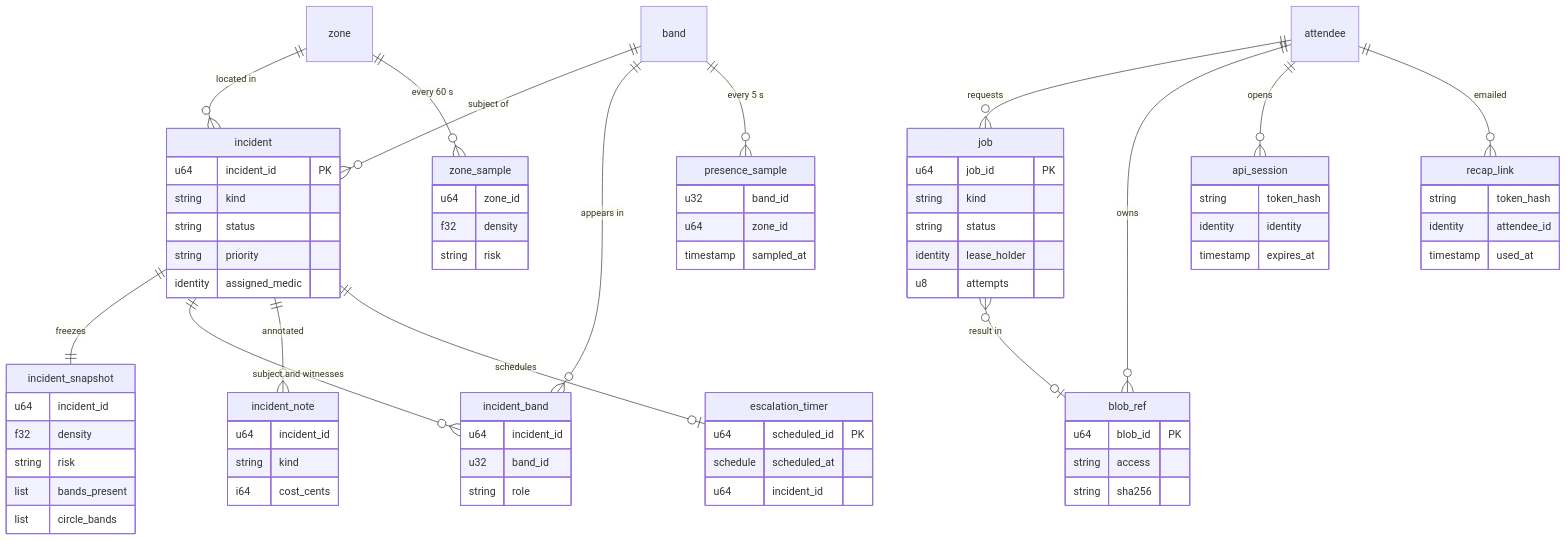
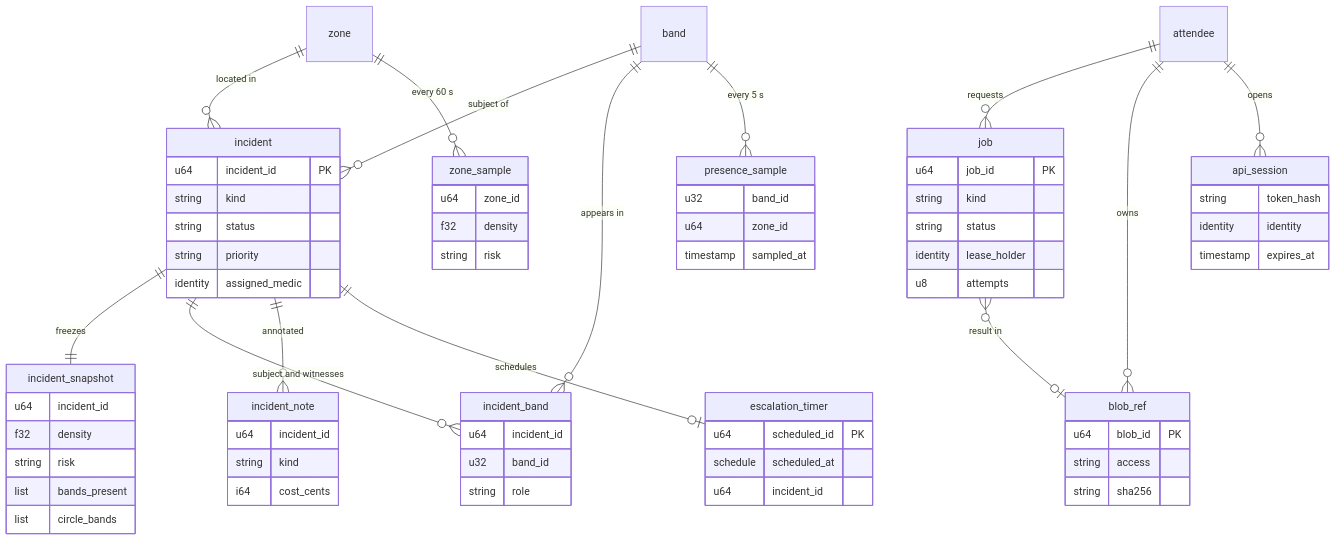
One commit to viktorinkov/cal-hacks-13 changed the third of 4 diagrams in System Design/2-data/SpacetimeDB.md. Above: the diagram before and after it, drawn with Mermaid. The commit also changed other lines of this file and 21 other files, not shown here.

````diff
--- a/System Design/2-data/SpacetimeDB.md
+++ b/System Design/2-data/SpacetimeDB.md
@@ -609,78 +602,72 @@
 ```mermaid
 erDiagram
   zone ||--o{ incident : "located in"
   band ||--o{ incident : "subject of"
   incident ||--|| incident_snapshot : freezes
   incident ||--o{ incident_band : "subject and witnesses"
   band ||--o{ incident_band : "appears in"
   incident ||--o{ incident_note : annotated
   incident ||--o| escalation_timer : schedules
   band ||--o{ presence_sample : "every 5 s"
   zone ||--o{ zone_sample : "every 60 s"
   attendee ||--o{ job : requests
   job }o--o| blob_ref : "result in"
   attendee ||--o{ blob_ref : owns
   attendee ||--o{ api_session : opens
-  attendee ||--o{ recap_link : "emailed"
   incident {
     u64 incident_id PK
     string kind
     string status
     string priority
     identity assigned_medic
   }
   incident_snapshot {
     u64 incident_id
     f32 density
     string risk
     list bands_present
     list circle_bands
   }
   incident_band {
     u64 incident_id
     u32 band_id
     string role
   }
   incident_note {
     u64 incident_id
     string kind
     i64 cost_cents
   }
   escalation_timer {
     u64 scheduled_id PK
     schedule scheduled_at
     u64 incident_id
   }
   presence_sample {
     u32 band_id
     u64 zone_id
     timestamp sampled_at
   }
   zone_sample {
     u64 zone_id
     f32 density
     string risk
   }
   job {
     u64 job_id PK
     string kind
     string status
     identity lease_holder
     u8 attempts
   }
   blob_ref {
     u64 blob_id PK
     string access
     string sha256
   }
   api_session {
     string token_hash
     identity identity
     timestamp expires_at
   }
-  recap_link {
-    string token_hash
-    identity attendee_id
-    timestamp used_at
-  }
 ```
````
